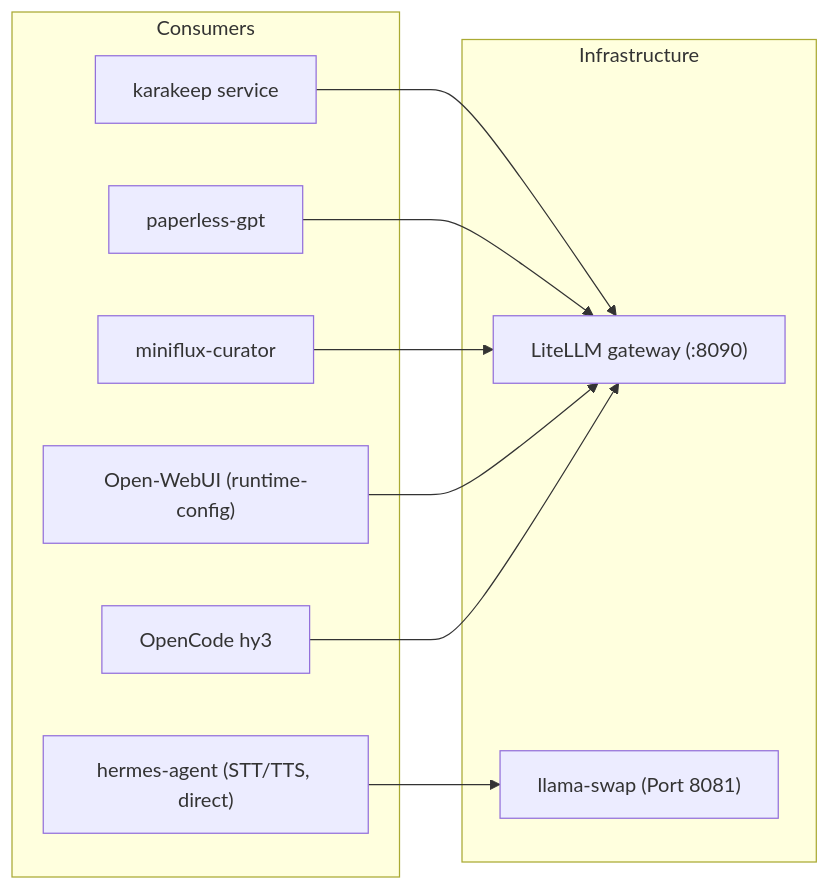
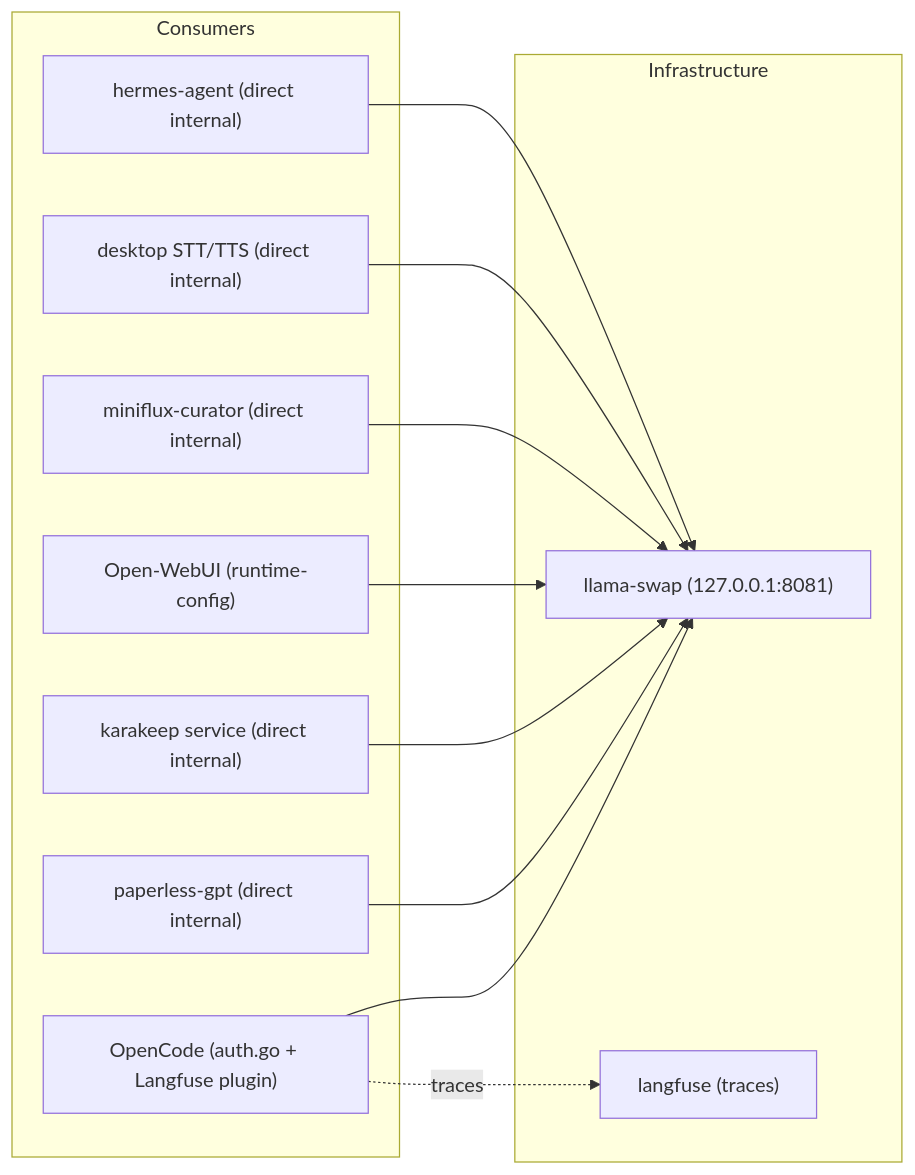
One commit to Cody-W-Tucker/nix-config changed the second of 2 diagrams in docs/Local-AI-Infrastructure.md. Above: the diagram before and after it, drawn with Mermaid. The commit also changed other lines of this file and 22 other files, not shown here.

First line of the commit message:
remove litellm proxy in favor of direct langfuse telemetry

````diff
--- a/docs/Local-AI-Infrastructure.md
+++ b/docs/Local-AI-Infrastructure.md
@@ -106,21 +105,24 @@
 ```mermaid
 flowchart LR
     subgraph Consumers
-        Hermes["hermes-agent (STT/TTS, direct)"]
-        Karakeep["karakeep service"]
-        Paperless["paperless-gpt"]
-        Curator["miniflux-curator"]
+        Hermes["hermes-agent (direct internal)"]
+        Speech["desktop STT/TTS (direct internal)"]
+        Karakeep["karakeep service (direct internal)"]
+        Paperless["paperless-gpt (direct internal)"]
+        Curator["miniflux-curator (direct internal)"]
         OWebUI["Open-WebUI (runtime-config)"]
-        OpenCode["OpenCode hy3"]
+        OpenCode["OpenCode (auth.go + Langfuse plugin)"]
     end
     subgraph Infrastructure
-        LiteLLM["LiteLLM gateway (:8090)"]
-        LSwap["llama-swap (Port 8081)"]
+        LSwap["llama-swap (127.0.0.1:8081)"]
+        Langfuse["langfuse (traces)"]
     end
     Hermes --> LSwap
-    Karakeep --> LiteLLM
-    Paperless --> LiteLLM
-    Curator --> LiteLLM
-    OWebUI --> LiteLLM
-    OpenCode --> LiteLLM
+    Speech --> LSwap
+    Curator --> LSwap
+    OWebUI --> LSwap
+    Karakeep --> LSwap
+    Paperless --> LSwap
+    OpenCode --> LSwap
+    OpenCode -.traces.-> Langfuse
 ```
````
